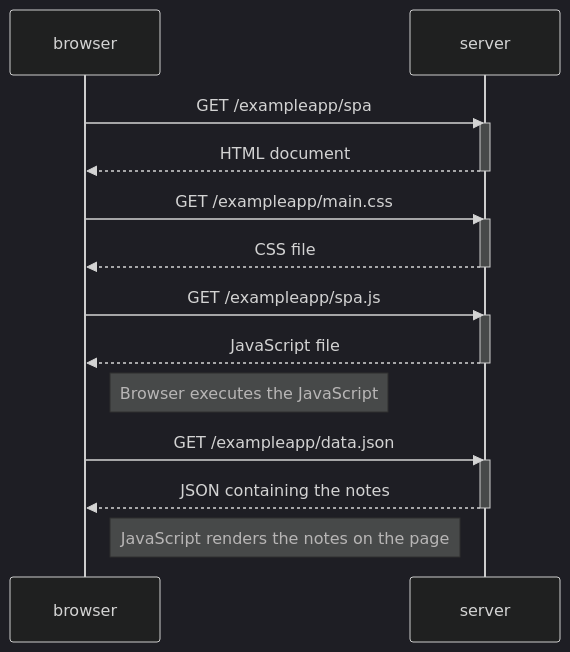
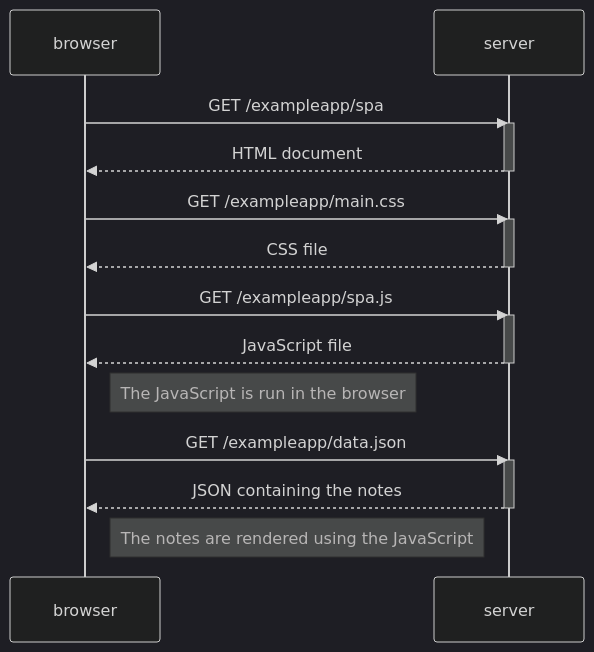
One commit to AmanuelDev993/Part0 changed the diagram in spa.md. Above: the diagram before and after it, drawn with Mermaid (dark theme). The commit also changed other lines of this file, not shown here.

Commit message:
Update section title and notes in spa.md

````diff
--- a/spa.md
+++ b/spa.md
@@ -3,29 +3,29 @@
 ```mermaid
 sequenceDiagram
     participant browser
     participant server
 
     browser->>server: GET /exampleapp/spa
     activate server
     server-->>browser: HTML document
     deactivate server
 
     browser->>server: GET /exampleapp/main.css
     activate server
     server-->>browser: CSS file
     deactivate server
 
     browser->>server: GET /exampleapp/spa.js
     activate server
     server-->>browser: JavaScript file
     deactivate server
 
-    Note right of browser: Browser executes the JavaScript
+    Note right of browser: The JavaScript is run in the browser
 
     browser->>server: GET /exampleapp/data.json
     activate server
     server-->>browser: JSON containing the notes
     deactivate server
 
-    Note right of browser: JavaScript renders the notes on the page
+    Note right of browser: The notes are rendered using the JavaScript
 ```
````
